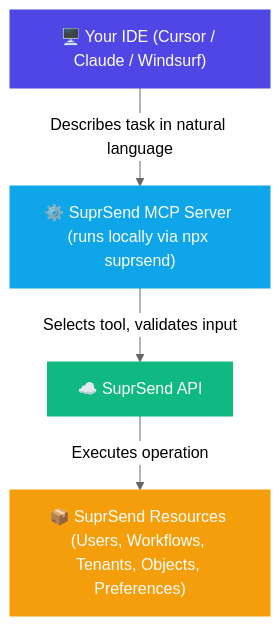
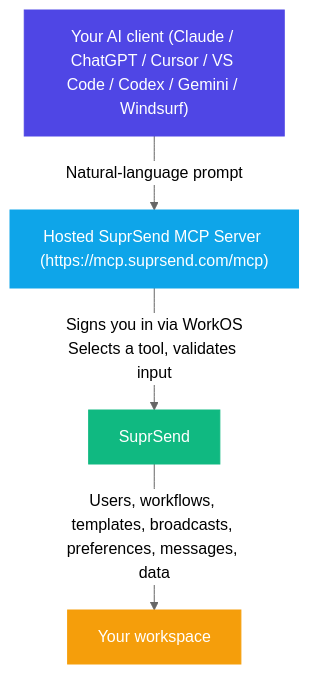
The diagram in reference/mcp-overview.mdx (suprsend/documentation), drawn with Mermaid (neutral theme) before and after one commit. The commit also changed other lines of this file and 21 other files, not shown here.

First line of the commit message:
docs(mcp): launch hosted mcp.suprsend.com (Beta)

````diff
--- a/reference/mcp-overview.mdx
+++ b/reference/mcp-overview.mdx
@@ -56,11 +79,11 @@
 ```mermaid
 flowchart TD
-    A["🖥️ Your IDE (Cursor / Claude / Windsurf)"] -->|"Describes task in natural language"| B["⚙️ SuprSend MCP Server (runs locally via npx suprsend)"]
-    B -->|"Selects tool, validates input"| C["☁️ SuprSend API"]
-    C -->|"Executes operation"| D["📦 SuprSend Resources (Users, Workflows, Tenants, Objects, Preferences)"]
+    A["Your AI client (Claude / ChatGPT / Cursor / VS Code / Codex / Gemini / Windsurf)"] -->|"Natural-language prompt"| B["Hosted SuprSend MCP Server (https://mcp.suprsend.com/mcp)"]
+    B -->|"Signs you in via WorkOS<br/>Selects a tool, validates input"| C["SuprSend"]
+    C -->|"Users, workflows, templates, broadcasts, preferences, messages, data"| D["Your workspace"]
 
     style A fill:#4F46E5,stroke:#4F46E5,color:#fff
     style B fill:#0EA5E9,stroke:#0EA5E9,color:#fff
     style C fill:#10B981,stroke:#10B981,color:#fff
     style D fill:#F59E0B,stroke:#F59E0B,color:#fff
 ```
````
